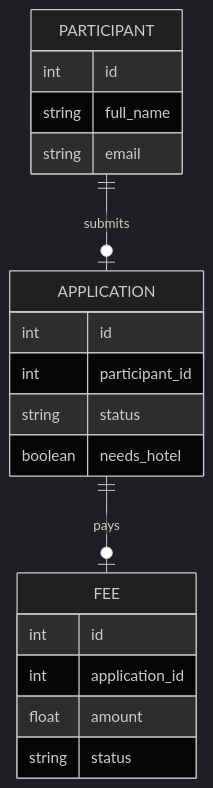
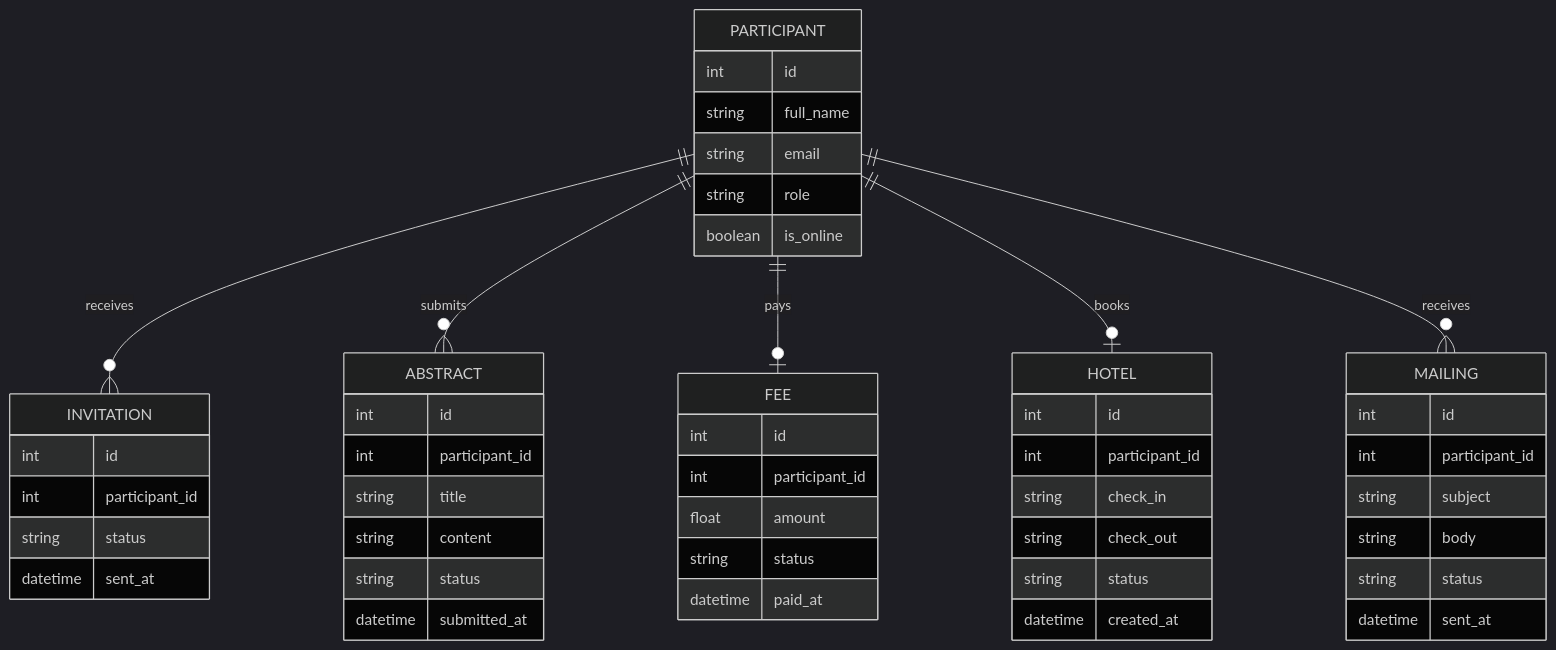
One commit to ttrry0u/conference-devops changed the diagram in README.md. Above: the diagram before and after it, drawn with Mermaid.

Commit message:
доработана ER-диаграмма
было: диаграмма к mvp
стало: текущее состояние БД

````diff
--- a/README.md
+++ b/README.md
@@ -114,23 +114,59 @@
 ```mermaid
 %%{init: {'theme': 'dark'}}%%
 erDiagram
-    PARTICIPANT ||--o| APPLICATION : submits
-    APPLICATION ||--o| FEE : pays
+    PARTICIPANT ||--o{ INVITATION : receives
+    PARTICIPANT ||--o{ ABSTRACT : submits
+    PARTICIPANT ||--o| FEE : pays
+    PARTICIPANT ||--o| HOTEL : books
+    PARTICIPANT ||--o{ MAILING : receives
+
     PARTICIPANT {
         int id
         string full_name
         string email
+        string role
+        boolean is_online
     }
-    APPLICATION {
+    
+    INVITATION {
         int id
         int participant_id
         string status
-        boolean needs_hotel
+        datetime sent_at
     }
+    
+    ABSTRACT {
+        int id
+        int participant_id
+        string title
+        string content
+        string status
+        datetime submitted_at
+    }
+    
     FEE {
         int id
-        int application_id
+        int participant_id
         float amount
         string status
+        datetime paid_at
+    }
+    
+    HOTEL {
+        int id
+        int participant_id
+        string check_in
+        string check_out
+        string status
+        datetime created_at
+    }
+    
+    MAILING {
+        int id
+        int participant_id
+        string subject
+        string body
+        string status
+        datetime sent_at
     }
 ```
````
